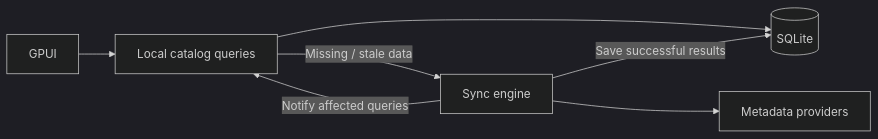
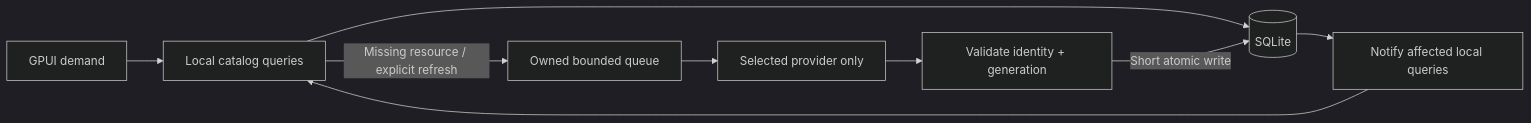
One commit to ThilinaTLM/kinema changed the second of 2 diagrams in docs/catalog-schema.md. Above: the diagram before and after it, drawn with Mermaid (dark theme). The commit also changed other lines of this file and 33 other files, not shown here.

````diff
--- a/docs/catalog-schema.md
+++ b/docs/catalog-schema.md
@@ -62,9 +665,11 @@
 ```mermaid
 flowchart LR
-    UI["GPUI"] --> Query["Local catalog queries"]
-    Query --> DB[("SQLite")]
-    Query -->|"Missing / stale data"| Sync["Sync engine"]
-    Sync --> Providers["Metadata providers"]
-    Sync -->|"Save successful results"| DB
-    Sync -->|"Notify affected queries"| Query
+    UI["GPUI demand"] --> Read["Local catalog queries"]
+    Read --> DB[("SQLite")]
+    Read -->|"Missing resource / explicit refresh"| Queue["Owned bounded queue"]
+    Queue --> Selected["Selected provider only"]
+    Selected --> Validate["Validate identity + generation"]
+    Validate -->|"Short atomic write"| DB
+    DB --> Notify["Notify affected local queries"]
+    Notify --> Read
 ```
````
